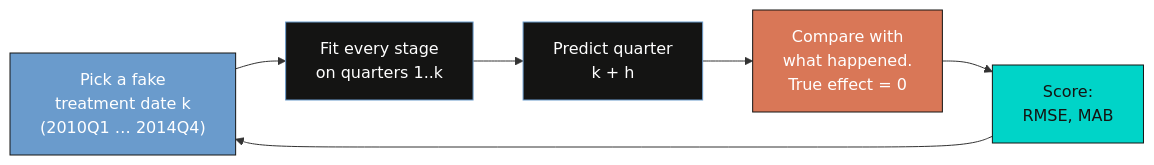
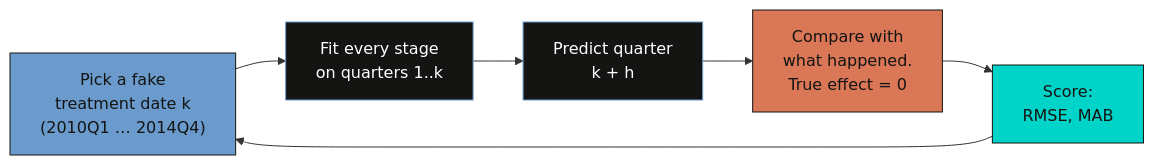
One commit to cmg777/starter-academic-v501 changed the third of 3 diagrams in content/post/python_sc_dsc_sdid/index.md. Above: the diagram before and after it, drawn with Mermaid. The commit also changed other lines of this file and 67 other files, not shown here.

First line of the commit message:
fix(mermaid): readable diagram text in both themes across the site

````diff
--- a/content/post/python_sc_dsc_sdid/index.md
+++ b/content/post/python_sc_dsc_sdid/index.md
@@ -1260,13 +1260,13 @@
 ```mermaid
 flowchart LR
     A["Pick a fake<br/>treatment date k<br/>(2010Q1 … 2014Q4)"] --> B["Fit every stage<br/>on quarters 1..k"]
     B --> C["Predict quarter<br/>k + h"]
     C --> D["Compare with<br/>what happened.<br/>True effect = 0"]
     D --> E["Score:<br/>RMSE, MAB"]
     E --> A
-    style A fill:#6a9bcc,stroke:#141413,color:#fff
+    style A fill:#6a9bcc,stroke:#141413,color:#141413
     style B fill:#141413,stroke:#6a9bcc,color:#fff
     style C fill:#141413,stroke:#6a9bcc,color:#fff
-    style D fill:#d97757,stroke:#141413,color:#fff
+    style D fill:#d97757,stroke:#141413,color:#141413
     style E fill:#00d4c8,stroke:#141413,color:#141413
 ```
````
